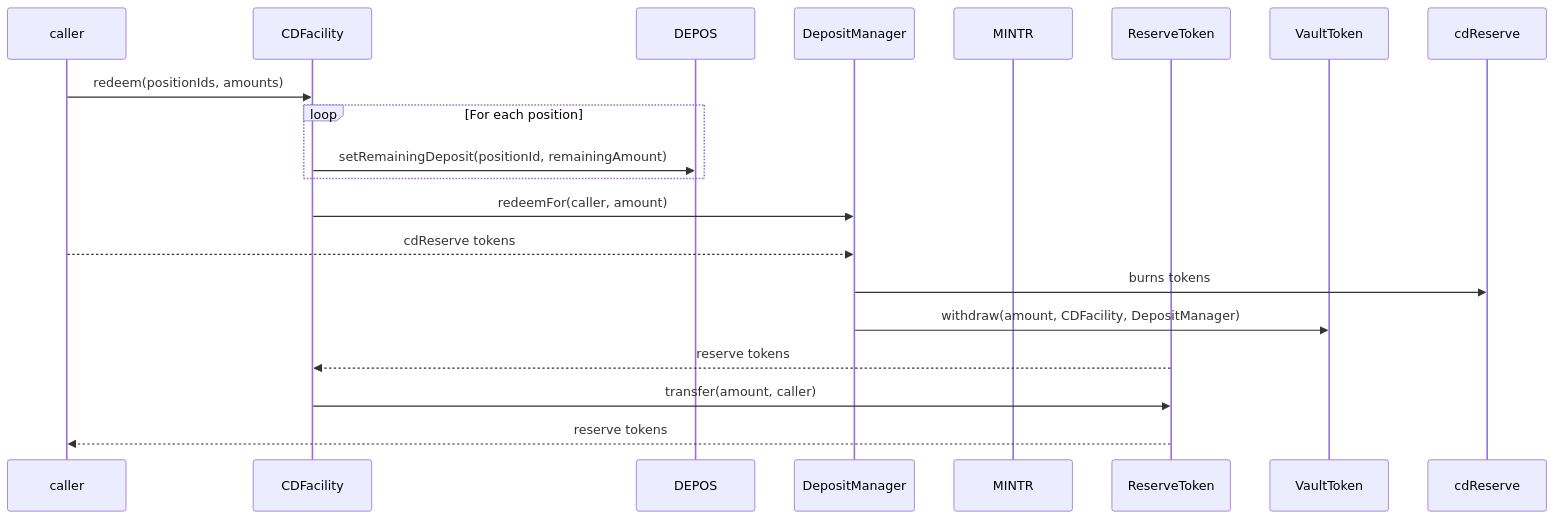
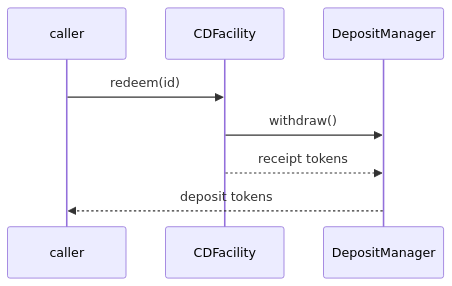
The eighth of 9 diagrams in audit/2025-01_convertible-deposits/README.md (OlympusDAO/olympus-v3), drawn with Mermaid before and after one commit. The commit also changed other lines of this file, not shown here.

````diff
--- a/audit/2025-01_convertible-deposits/README.md
+++ b/audit/2025-01_convertible-deposits/README.md
@@ -350,23 +384,11 @@
 ```mermaid
 sequenceDiagram
     participant caller
     participant CDFacility
-    participant DEPOS
     participant DepositManager
-    participant MINTR
-    participant ReserveToken
-    participant VaultToken
-    participant cdReserve
 
-    caller->>CDFacility: redeem(positionIds, amounts)
-    loop For each position
-        CDFacility->>DEPOS: setRemainingDeposit(positionId, remainingAmount)
-    end
-    CDFacility->>DepositManager: redeemFor(caller, amount)
-    caller-->>DepositManager: cdReserve tokens
-    DepositManager->>cdReserve: burns tokens
-    DepositManager->>VaultToken: withdraw(amount, CDFacility, DepositManager)
-    ReserveToken-->>CDFacility: reserve tokens
-    CDFacility->>ReserveToken: transfer(amount, caller)
-    ReserveToken-->>caller: reserve tokens
+    caller->>CDFacility: redeem(id)
+    CDFacility->>DepositManager: withdraw()
+    CDFacility-->>DepositManager: receipt tokens
+    DepositManager-->>caller: deposit tokens
 ```
````
